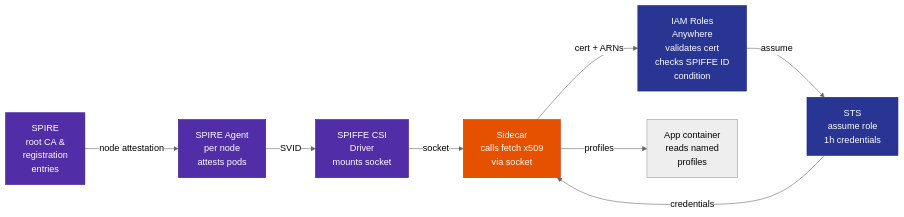
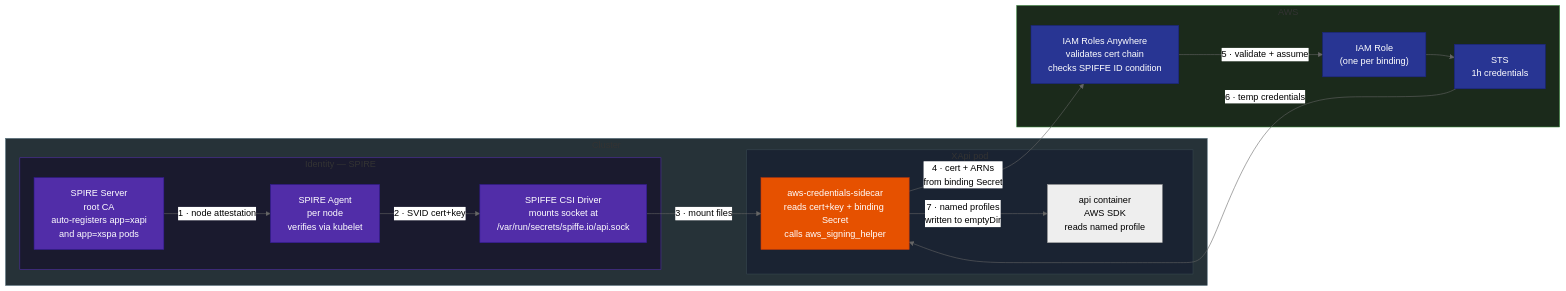
The second of 2 diagrams in docs/workload-identity.md (cujarrett/homelab), drawn with Mermaid (neutral theme) before and after one commit. The commit also changed other lines of this file, not shown here.

First line of the commit message:
Fix runtime diagram: clarify socket mode (not file mode)

````diff
--- a/docs/workload-identity.md
+++ b/docs/workload-identity.md
@@ -19,29 +43,44 @@
 ```mermaid
 %%{init: {'flowchart': {'nodeSpacing': 50, 'rankSpacing': 50}}}%%
 flowchart LR
-    spire["SPIRE\nroot CA &\nregistration\nentries"]
-    agent["SPIRE Agent\nper node\nattests pods"]
-    csi["SPIFFE CSI\nDriver\nmounts socket"]
+    subgraph cluster["Cluster"]
+        subgraph identity["Identity — SPIRE"]
+            spire["SPIRE Server\nroot CA\nauto-registers app=xapi\nand app=xspa pods"]
+            agent["SPIRE Agent\nper node\nverifies via kubelet"]
+            csi["SPIFFE CSI Driver\nmounts socket at\n/var/run/secrets/spiffe.io/api.sock"]
+        end
 
-    sidecar["Sidecar\ncalls fetch x509\nvia socket"]
-    aws["IAM Roles\nAnywhere\nvalidates cert\nchecks SPIFFE ID\ncondition"]
-    sts["STS\nassume role\n1h credentials"]
+        subgraph pod["XApi pod"]
+            sidecar["aws-credentials-sidecar\nreads cert+key + binding Secret\ncalls aws_signing_helper"]
+            app["api container\nAWS SDK\nreads named profile"]
+        end
+    end
 
-    app["App container\nreads named\nprofiles"]
+    subgraph aws["AWS"]
+        ra["IAM Roles Anywhere\nvalidates cert chain\nchecks SPIFFE ID condition"]
+        sts["STS\n1h credentials"]
+        roles["IAM Role\n(one per binding)"]
+    end
 
-    spire -->|node attestation| agent
-    agent -->|SVID| csi
-    csi -->|socket| sidecar
-    sidecar -->|cert + ARNs| aws
-    aws -->|assume| sts
-    sts -->|credentials| sidecar
-    sidecar -->|profiles| app
+    spire  -->|"1 · node attestation"| agent
+    agent  -->|"2 · SVID cert+key"| csi
+    csi    -->|"3 · mount files"| sidecar
+    sidecar -->|"4 · cert + ARNs\nfrom binding Secret"| ra
+    ra      -->|"5 · validate + assume"| roles
+    roles   --> sts
+    sts     -->|"6 · temp credentials"| sidecar
+    sidecar -->|"7 · named profiles\nwritten to emptyDir"| app
 
     classDef spireStyle fill:#512DA8,stroke:#311B92,color:#fff
     classDef sideStyle  fill:#E65100,stroke:#BF360C,color:#fff
     classDef awsStyle   fill:#283593,stroke:#1A237E,color:#fff
 
     class spire,agent,csi spireStyle
     class sidecar sideStyle
-    class aws,sts awsStyle
+    class ra,sts,roles awsStyle
+
+    style cluster  fill:#263238,stroke:#546E7A
+    style identity fill:#1A1A2E,stroke:#512DA8
+    style pod      fill:#1A2332,stroke:#37474F
+    style aws      fill:#1B2A1B,stroke:#2E7D32
 ```
````
